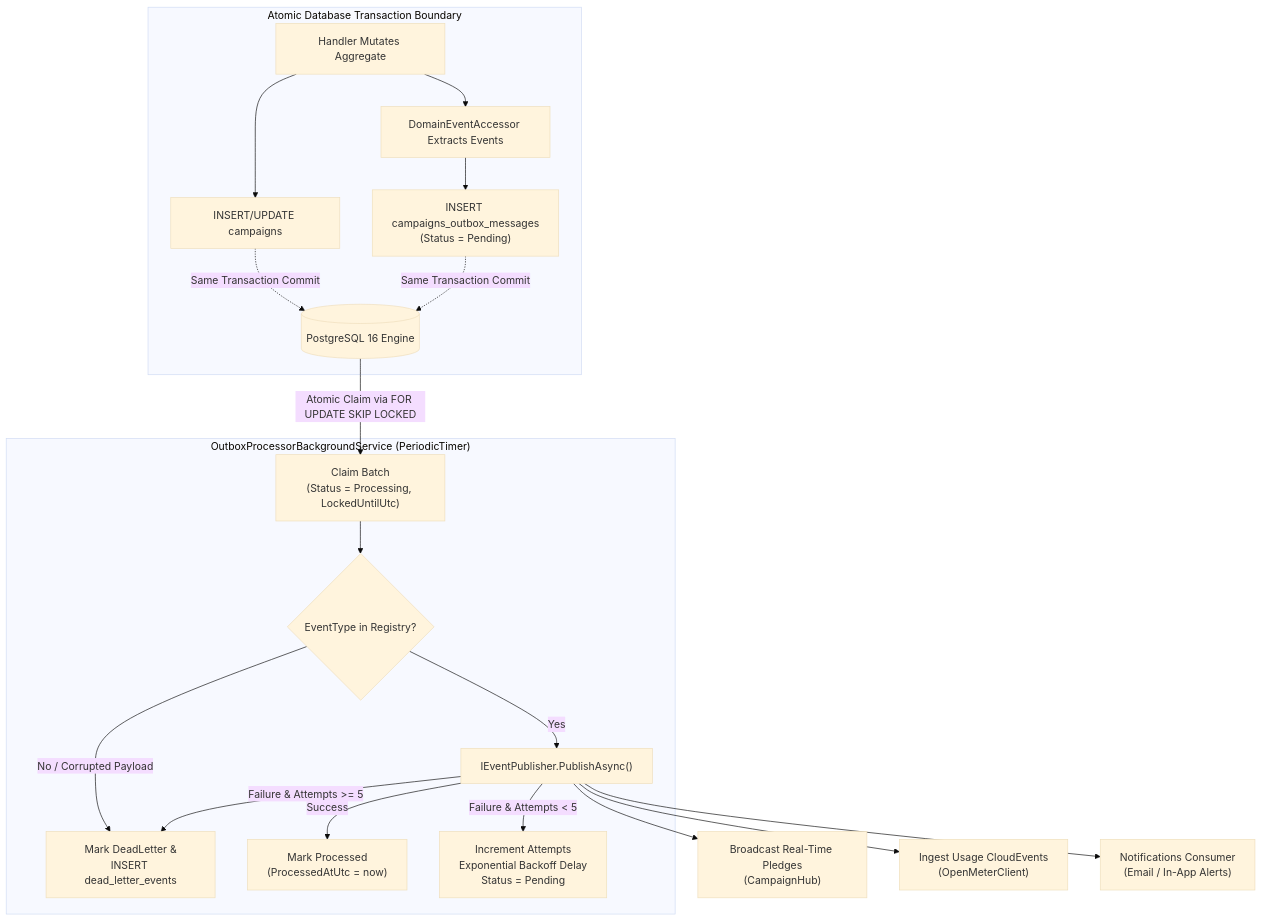
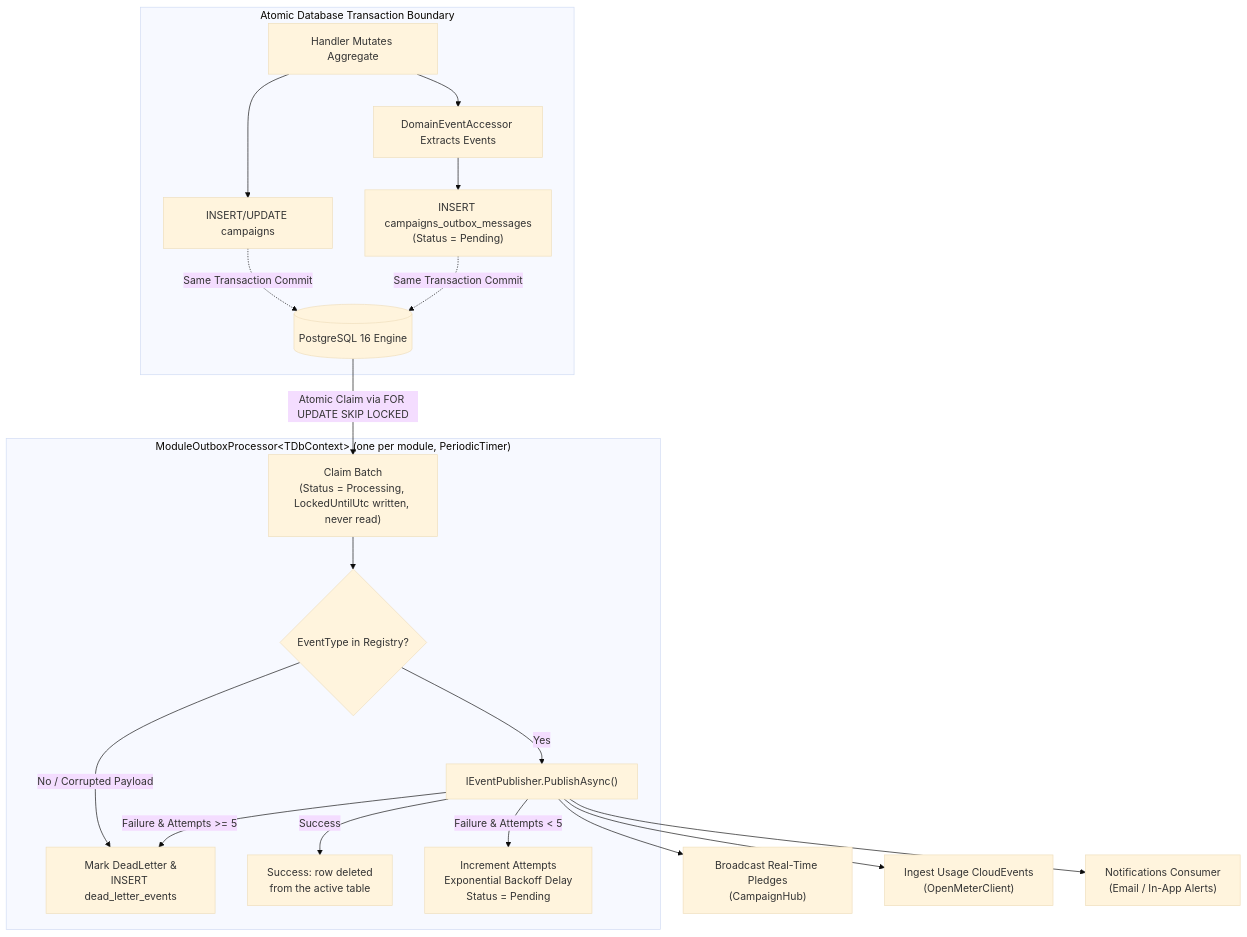
Before and after one commit to maysamgamini/crowdfundinghub: the fifth of 12 diagrams in docs/ARCHITECTURE_AND_LIBRARIES.md, drawn with Mermaid (base theme). The commit also changed other lines of this file and 20 other files, not shown here.

````diff
--- a/docs/ARCHITECTURE_AND_LIBRARIES.md
+++ b/docs/ARCHITECTURE_AND_LIBRARIES.md
@@ -287,26 +289,26 @@
 ```mermaid
 flowchart TD
     subgraph TxBoundary["Atomic Database Transaction Boundary"]
         Cmd[Handler Mutates Aggregate] --> SaveAgg[INSERT/UPDATE campaigns]
         Cmd --> GetEvents[DomainEventAccessor Extracts Events]
         GetEvents --> SaveOutbox["INSERT campaigns_outbox_messages<br/>(Status = Pending)"]
         SaveAgg -.->|Same Transaction Commit| DB[(PostgreSQL 16 Engine)]
         SaveOutbox -.->|Same Transaction Commit| DB
     end
 
-    subgraph BackgroundWorker["OutboxProcessorBackgroundService (PeriodicTimer)"]
-        DB -->|Atomic Claim via FOR UPDATE SKIP LOCKED| ClaimBatch["Claim Batch<br/>(Status = Processing, LockedUntilUtc)"]
+    subgraph BackgroundWorker["ModuleOutboxProcessor&lt;TDbContext&gt; (one per module, PeriodicTimer)"]
+        DB -->|Atomic Claim via FOR UPDATE SKIP LOCKED| ClaimBatch["Claim Batch<br/>(Status = Processing, LockedUntilUtc written, never read)"]
         ClaimBatch --> CheckType{EventType in Registry?}
         
         CheckType -->|No / Corrupted Payload| DeadLetter["Mark DeadLetter &<br/>INSERT dead_letter_events"]
         CheckType -->|Yes| PublishEvt["IEventPublisher.PublishAsync()"]
         
-        PublishEvt -->|Success| Processed["Mark Processed<br/>(ProcessedAtUtc = now)"]
+        PublishEvt -->|Success| Processed["Success: row deleted<br/>from the active table"]
         PublishEvt -->|Failure & Attempts < 5| RetryPending["Increment Attempts<br/>Exponential Backoff Delay<br/>Status = Pending"]
         PublishEvt -->|Failure & Attempts >= 5| DeadLetter
     end
 
     PublishEvt --> SignalR["Broadcast Real-Time Pledges<br/>(CampaignHub)"]
     PublishEvt --> OpenMeter["Ingest Usage CloudEvents<br/>(OpenMeterClient)"]
     PublishEvt --> NotifModule["Notifications Consumer<br/>(Email / In-App Alerts)"]
 ```
````
